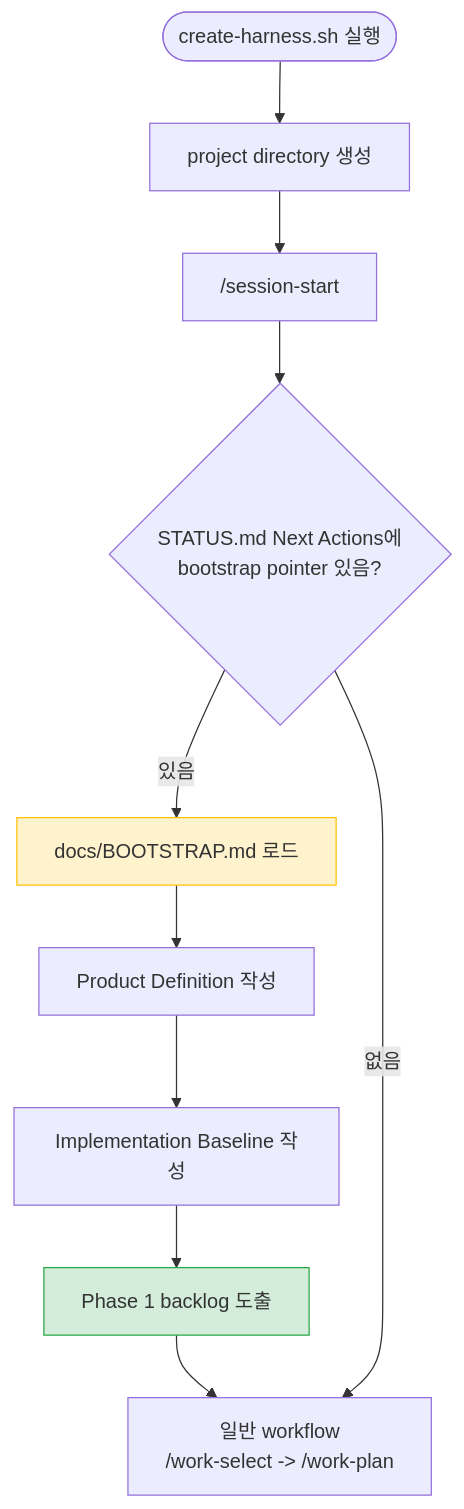
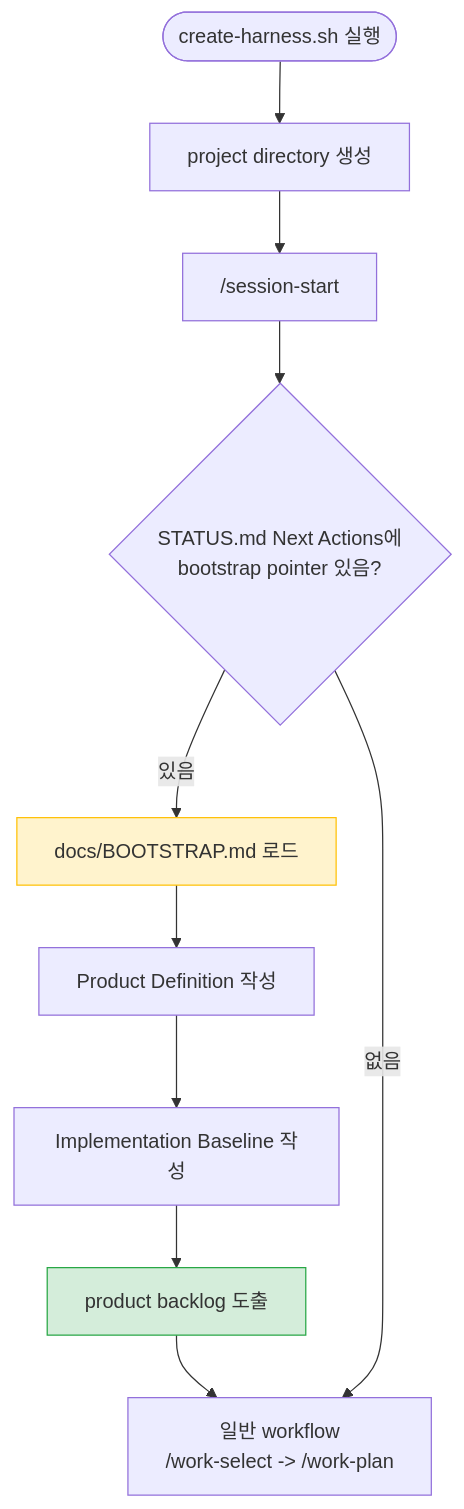
One commit to kyungseo/ai-workflow-harness changed the second of 4 diagrams in README.md. Above: the diagram before and after it, drawn with Mermaid. The commit also changed other lines of this file and 35 other files, not shown here.

First line of the commit message:
refactor: Product track 네이밍 PHASE{n}→PRODUCT 대칭 전환 + phase optional (DR-031, CHORE-20260609-005) (#120)

````diff
--- a/README.md
+++ b/README.md
@@ -227,15 +227,15 @@
 ```mermaid
 flowchart TD
     A(["create-harness.sh 실행"]) --> B["project directory 생성"]
     B --> C["/session-start"]
     C --> D{"STATUS.md Next Actions에\nbootstrap pointer 있음?"}
     D -- "있음" --> E["docs/BOOTSTRAP.md 로드"]
     E --> F["Product Definition 작성"]
     F --> G["Implementation Baseline 작성"]
-    G --> H["Phase 1 backlog 도출"]
+    G --> H["product backlog 도출"]
     H --> I["일반 workflow\n/work-select -> /work-plan"]
     D -- "없음" --> I
 
     style E fill:#fff3cd,stroke:#ffc107
     style H fill:#d4edda,stroke:#28a745
 ```
````
